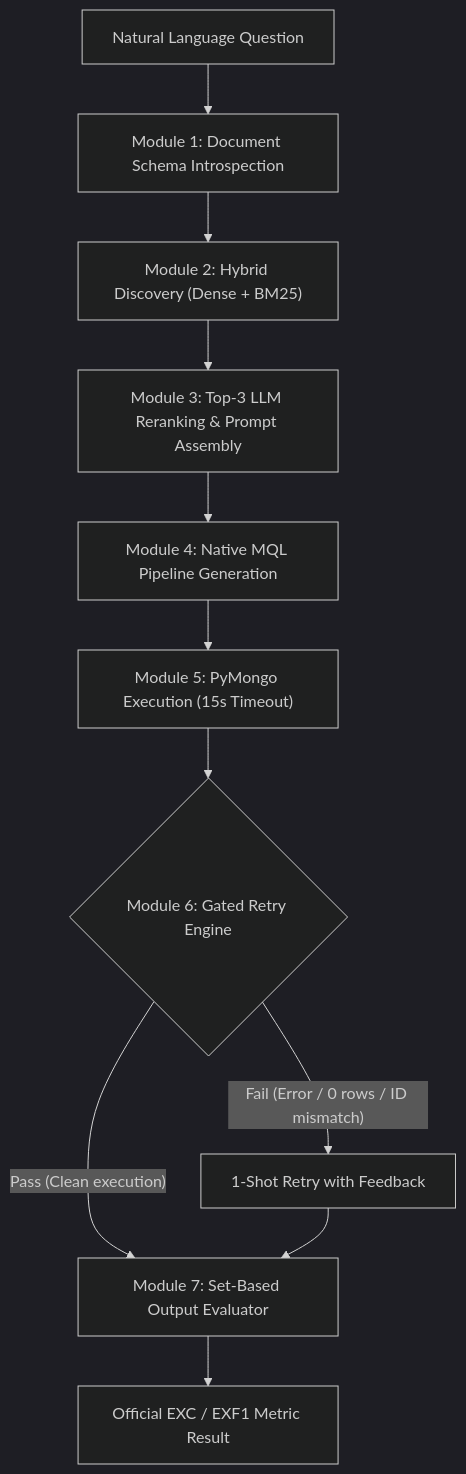
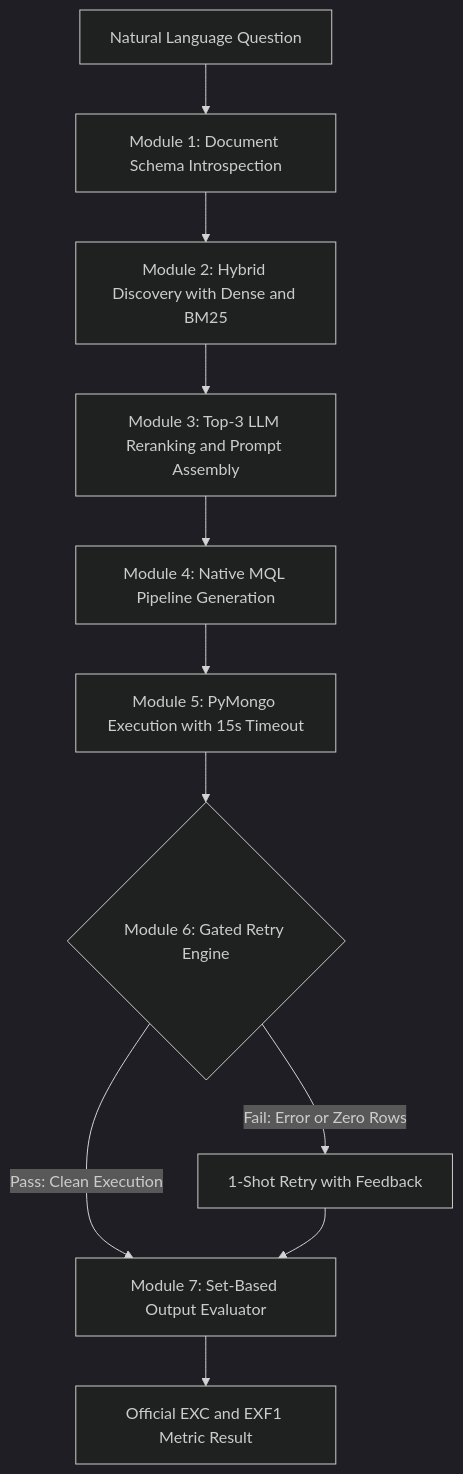
The second of 2 diagrams in docs/ARCHITECTURE.md (gzee3184/cross_db_benchmark), drawn with Mermaid (dark theme) before and after one commit. The commit also changed other lines of this file, not shown here.

Commit message:
fix(docs): resolve mermaid preview rendering issues in flowcharts

````diff
--- a/docs/ARCHITECTURE.md
+++ b/docs/ARCHITECTURE.md
@@ -221,14 +219,14 @@
 ```mermaid
 flowchart TD
     Q["Natural Language Question"] --> INTRO["Module 1: Document Schema Introspection"]
-    INTRO --> HYBRID["Module 2: Hybrid Discovery (Dense + BM25)"]
-    HYBRID --> RERANK["Module 3: Top-3 LLM Reranking & Prompt Assembly"]
+    INTRO --> HYBRID["Module 2: Hybrid Discovery with Dense and BM25"]
+    HYBRID --> RERANK["Module 3: Top-3 LLM Reranking and Prompt Assembly"]
     RERANK --> GEN["Module 4: Native MQL Pipeline Generation"]
-    GEN --> EXEC["Module 5: PyMongo Execution (15s Timeout)"]
+    GEN --> EXEC["Module 5: PyMongo Execution with 15s Timeout"]
     EXEC --> RETRY{"Module 6: Gated Retry Engine"}
     
-    RETRY -->|"Pass (Clean execution)"| SCORER["Module 7: Set-Based Output Evaluator"]
-    RETRY -->|"Fail (Error / 0 rows / ID mismatch)"| REGEN["1-Shot Retry with Feedback"]
+    RETRY -->|Pass: Clean Execution| SCORER["Module 7: Set-Based Output Evaluator"]
+    RETRY -->|Fail: Error or Zero Rows| REGEN["1-Shot Retry with Feedback"]
     REGEN --> SCORER
-    SCORER --> OUT["Official EXC / EXF1 Metric Result"]
+    SCORER --> OUT["Official EXC and EXF1 Metric Result"]
 ```
````
